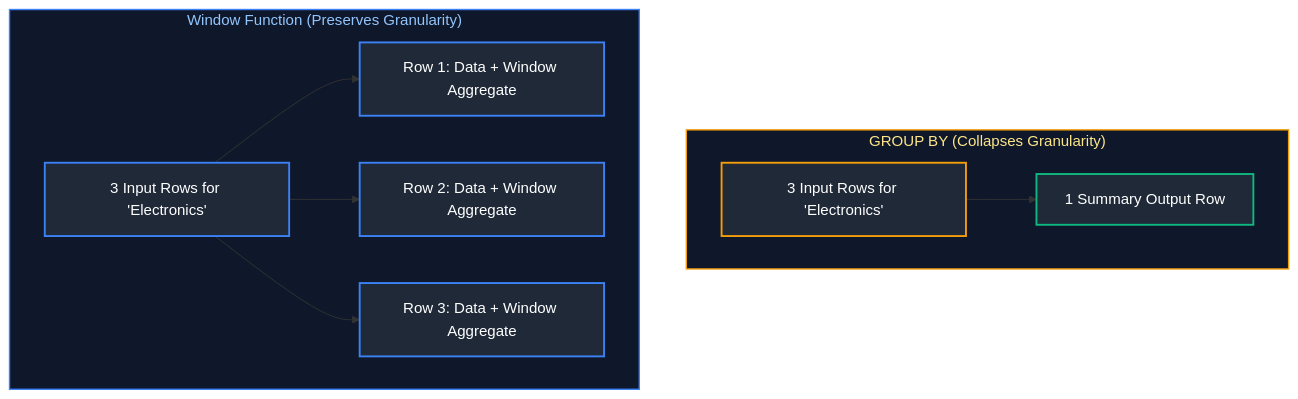
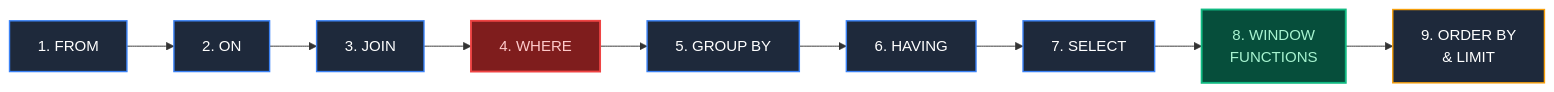
Before and after one commit to joydeep-biswas/Interview-Preparation: the ninth of 12 diagrams in Data Engineering/02_advanced_sql.md, drawn with Mermaid. The commit also changed other lines of this file and 143 other files, not shown here.

````diff
--- a/Data Engineering/02_advanced_sql.md
+++ b/Data Engineering/02_advanced_sql.md
@@ -597,21 +765,15 @@
 ```mermaid
-flowchart TD
-    subgraph GroupByOp ["GROUP BY (Collapses Granularity)"]
-        Raw["3 Input Rows for 'Electronics'"] --> GB["1 Summary Output Row"]
-    end
-    subgraph WindowOp ["Window Function (Preserves Granularity)"]
-        Raw2["3 Input Rows for 'Electronics'"] --> W1["Row 1: Data + Window Aggregate"]
-        Raw2 --> W2["Row 2: Data + Window Aggregate"]
-        Raw2 --> W3["Row 3: Data + Window Aggregate"]
-    end
+flowchart LR
+    S1["1. FROM"] --> S2["2. ON"] --> S3["3. JOIN"] --> S4["4. WHERE"] --> S5["5. GROUP BY"]
+    S5 --> S6["6. HAVING"] --> S7["7. SELECT"] --> S8["8. WINDOW<br/>FUNCTIONS"] --> S9["9. ORDER BY<br/>& LIMIT"]
 
-    style GroupByOp fill:#0f172a,stroke:#f59e0b,stroke-width:1.5px,color:#fde68a
-    style WindowOp fill:#0f172a,stroke:#3b82f6,stroke-width:1.5px,color:#93c5fd
-
-    style Raw fill:#1f2937,stroke:#f59e0b,stroke-width:2px,color:#fff
-    style GB fill:#1f2937,stroke:#10b981,stroke-width:2px,color:#fff
-    style Raw2 fill:#1f2937,stroke:#3b82f6,stroke-width:2px,color:#fff
-    style W1 fill:#1f2937,stroke:#3b82f6,stroke-width:2px,color:#fff
-    style W2 fill:#1f2937,stroke:#3b82f6,stroke-width:2px,color:#fff
-    style W3 fill:#1f2937,stroke:#3b82f6,stroke-width:2px,color:#fff
+    style S1 fill:#1e293b,stroke:#3b82f6,stroke-width:1.5px,color:#fff
+    style S2 fill:#1e293b,stroke:#3b82f6,stroke-width:1.5px,color:#fff
+    style S3 fill:#1e293b,stroke:#3b82f6,stroke-width:1.5px,color:#fff
+    style S4 fill:#7f1d1d,stroke:#ef4444,stroke-width:2px,color:#fecaca
+    style S5 fill:#1e293b,stroke:#3b82f6,stroke-width:1.5px,color:#fff
+    style S6 fill:#1e293b,stroke:#3b82f6,stroke-width:1.5px,color:#fff
+    style S7 fill:#1e293b,stroke:#3b82f6,stroke-width:1.5px,color:#fff
+    style S8 fill:#064e3b,stroke:#10b981,stroke-width:2px,color:#a7f3d0
+    style S9 fill:#1e293b,stroke:#f59e0b,stroke-width:1.5px,color:#fff
 ```
````
